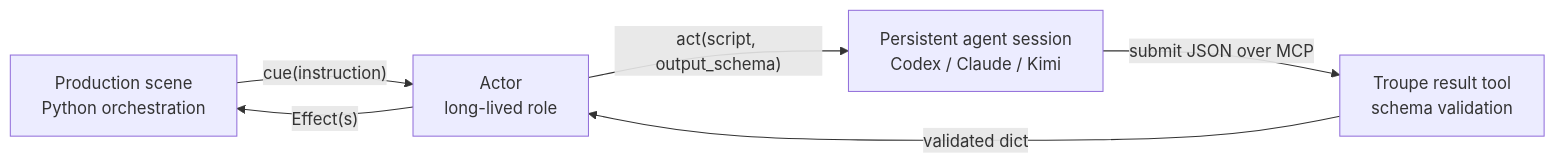
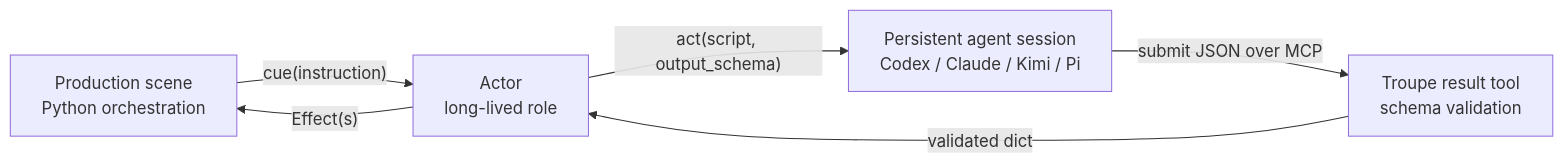
Before and after one commit to OBubbleGingerCat/troupe: the first of 2 diagrams in README.md, drawn with Mermaid. The commit also changed other lines of this file and 9 other files, not shown here.

````diff
--- a/README.md
+++ b/README.md
@@ -21,13 +21,13 @@
 ```mermaid
 flowchart LR
     Scene["Production scene<br/>Python orchestration"]
     Actor["Actor<br/>long-lived role"]
-    Session["Persistent agent session<br/>Codex / Claude / Kimi"]
+    Session["Persistent agent session<br/>Codex / Claude / Kimi / Pi"]
     Validate["Troupe result tool<br/>schema validation"]
 
     Scene -->|"cue(instruction)"| Actor
     Actor -->|"act(script, output_schema)"| Session
     Session -->|"submit JSON over MCP"| Validate
     Validate -->|"validated dict"| Actor
     Actor -->|"Effect(s)"| Scene
 ```
````
